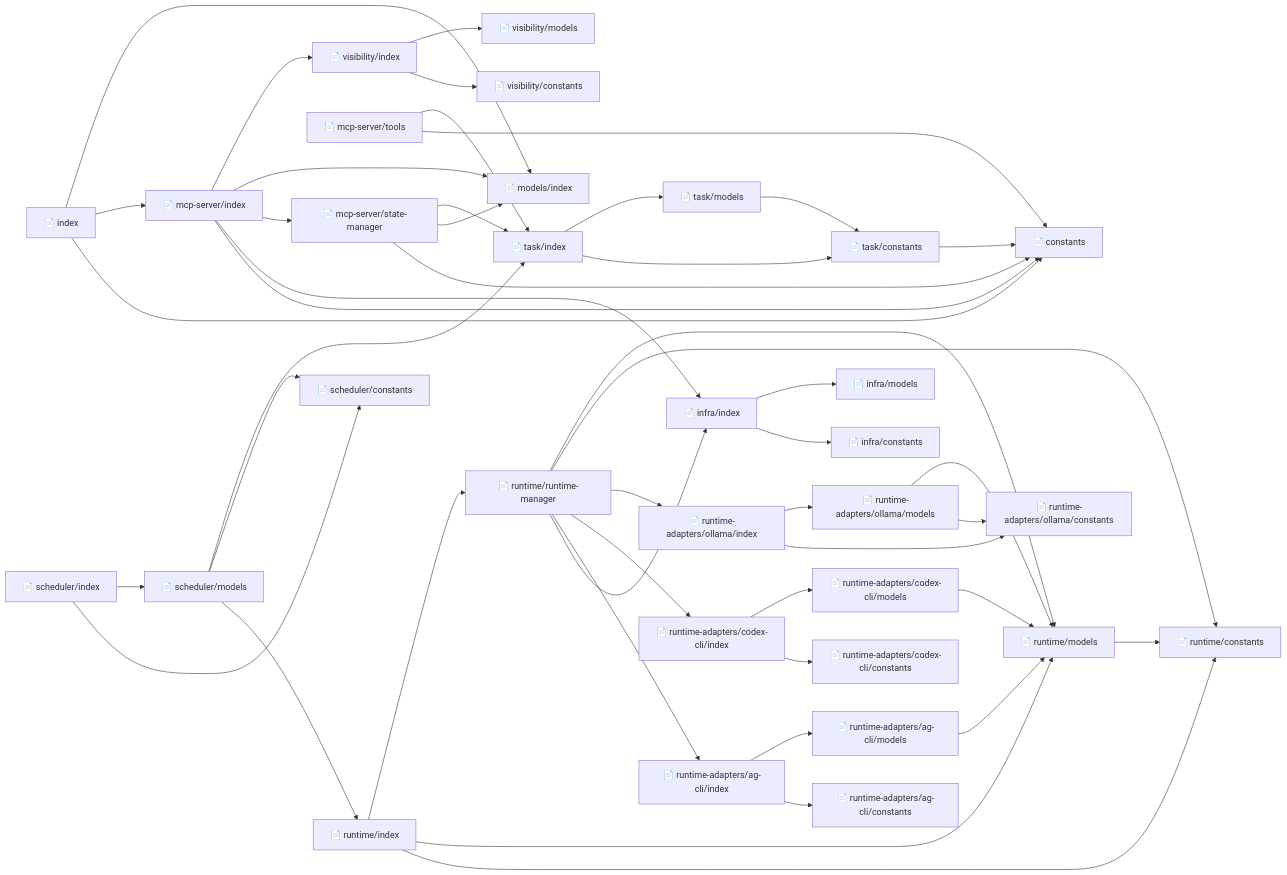
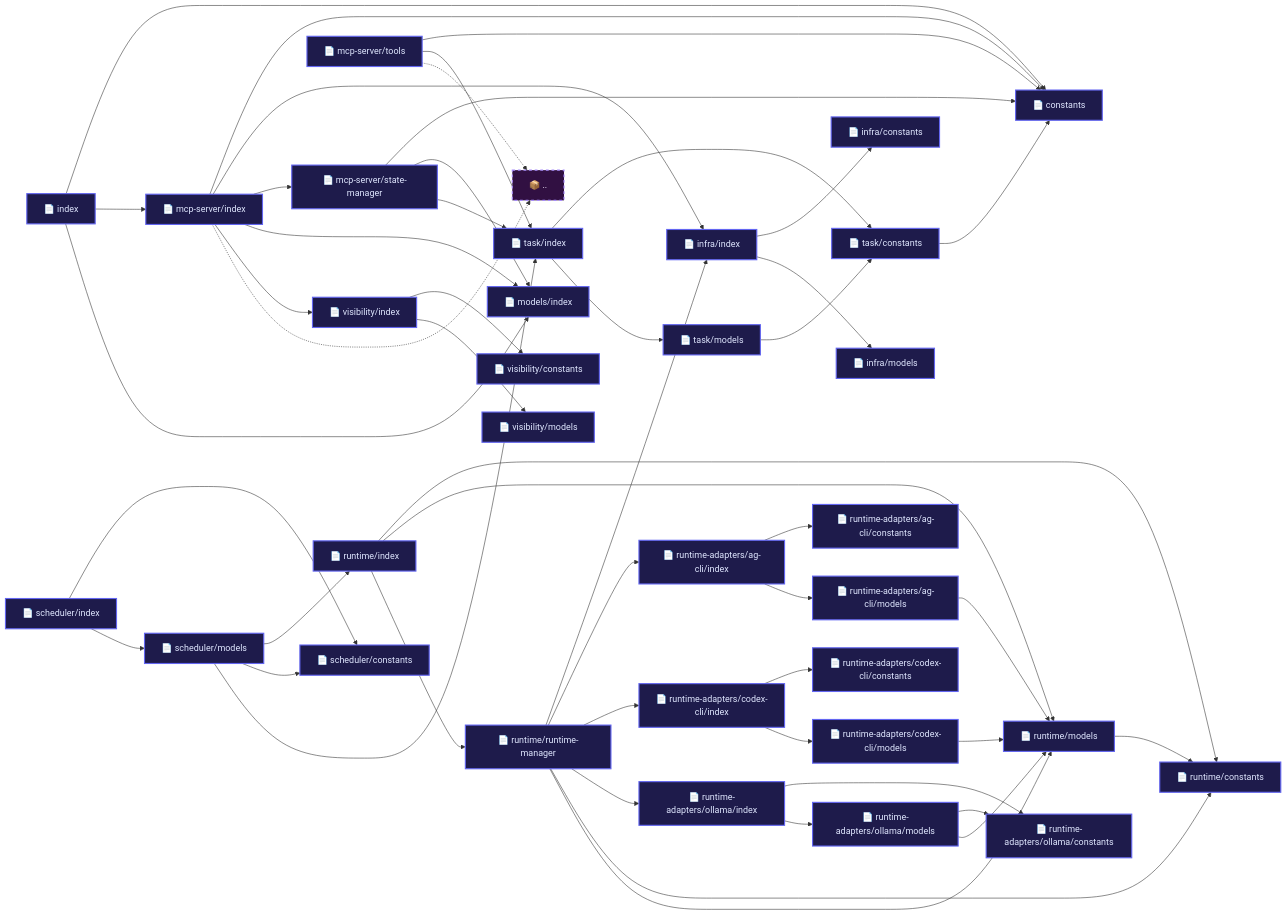
One commit to qthan1004/agent-orchestrator changed the second of 2 diagrams in .agent/workspace-memory.md. Above: the diagram before and after it, drawn with Mermaid. The commit also changed 2 other files, not shown here.

Commit message:
feat(tools): visually represent external libraries in Core Flow graph with premium styling

````diff
--- a/.agent/workspace-memory.md
+++ b/.agent/workspace-memory.md
@@ -142,36 +142,40 @@
 ```mermaid
 flowchart LR
-  constants["📄 constants"]
-  index["📄 index"]
-  mcp_server_index["📄 mcp-server/index"]
-  models_index["📄 models/index"]
-  infra_constants["📄 infra/constants"]
-  infra_index["📄 infra/index"]
-  infra_models["📄 infra/models"]
-  mcp_server_state_manager["📄 mcp-server/state-manager"]
-  visibility_index["📄 visibility/index"]
-  task_index["📄 task/index"]
-  mcp_server_tools["📄 mcp-server/tools"]
-  runtime_adapters_ag_cli_constants["📄 runtime-adapters/ag-cli/constants"]
-  runtime_adapters_ag_cli_index["📄 runtime-adapters/ag-cli/index"]
-  runtime_adapters_ag_cli_models["📄 runtime-adapters/ag-cli/models"]
-  runtime_models["📄 runtime/models"]
-  runtime_adapters_codex_cli_constants["📄 runtime-adapters/codex-cli/constants"]
-  runtime_adapters_codex_cli_index["📄 runtime-adapters/codex-cli/index"]
-  runtime_adapters_codex_cli_models["📄 runtime-adapters/codex-cli/models"]
-  runtime_adapters_ollama_constants["📄 runtime-adapters/ollama/constants"]
-  runtime_adapters_ollama_index["📄 runtime-adapters/ollama/index"]
-  runtime_adapters_ollama_models["📄 runtime-adapters/ollama/models"]
-  runtime_constants["📄 runtime/constants"]
-  runtime_index["📄 runtime/index"]
-  runtime_runtime_manager["📄 runtime/runtime-manager"]
-  scheduler_constants["📄 scheduler/constants"]
-  scheduler_index["📄 scheduler/index"]
-  scheduler_models["📄 scheduler/models"]
-  task_constants["📄 task/constants"]
-  task_models["📄 task/models"]
-  visibility_constants["📄 visibility/constants"]
-  visibility_models["📄 visibility/models"]
+  classDef coreFile fill:#1E1B4B,stroke:#6366F1,stroke-width:2px,color:#E0E7FF;
+  classDef externalLib fill:#311042,stroke:#A78BFA,stroke-width:2px,stroke-dasharray: 5 5,color:#F3E8FF;
+
+  constants["📄 constants"]:::coreFile
+  index["📄 index"]:::coreFile
+  mcp_server_index["📄 mcp-server/index"]:::coreFile
+  models_index["📄 models/index"]:::coreFile
+  infra_constants["📄 infra/constants"]:::coreFile
+  infra_index["📄 infra/index"]:::coreFile
+  infra_models["📄 infra/models"]:::coreFile
+  mcp_server_state_manager["📄 mcp-server/state-manager"]:::coreFile
+  visibility_index["📄 visibility/index"]:::coreFile
+  task_index["📄 task/index"]:::coreFile
+  mcp_server_tools["📄 mcp-server/tools"]:::coreFile
+  runtime_adapters_ag_cli_constants["📄 runtime-adapters/ag-cli/constants"]:::coreFile
+  runtime_adapters_ag_cli_index["📄 runtime-adapters/ag-cli/index"]:::coreFile
+  runtime_adapters_ag_cli_models["📄 runtime-adapters/ag-cli/models"]:::coreFile
+  runtime_models["📄 runtime/models"]:::coreFile
+  runtime_adapters_codex_cli_constants["📄 runtime-adapters/codex-cli/constants"]:::coreFile
+  runtime_adapters_codex_cli_index["📄 runtime-adapters/codex-cli/index"]:::coreFile
+  runtime_adapters_codex_cli_models["📄 runtime-adapters/codex-cli/models"]:::coreFile
+  runtime_adapters_ollama_constants["📄 runtime-adapters/ollama/constants"]:::coreFile
+  runtime_adapters_ollama_index["📄 runtime-adapters/ollama/index"]:::coreFile
+  runtime_adapters_ollama_models["📄 runtime-adapters/ollama/models"]:::coreFile
+  runtime_constants["📄 runtime/constants"]:::coreFile
+  runtime_index["📄 runtime/index"]:::coreFile
+  runtime_runtime_manager["📄 runtime/runtime-manager"]:::coreFile
+  scheduler_constants["📄 scheduler/constants"]:::coreFile
+  scheduler_index["📄 scheduler/index"]:::coreFile
+  scheduler_models["📄 scheduler/models"]:::coreFile
+  task_constants["📄 task/constants"]:::coreFile
+  task_models["📄 task/models"]:::coreFile
+  visibility_constants["📄 visibility/constants"]:::coreFile
+  visibility_models["📄 visibility/models"]:::coreFile
+  npm_..["📦 .."]:::externalLib
   index --> constants
   index --> mcp_server_index
   index --> models_index
@@ -182,11 +186,13 @@
   mcp_server_index --> mcp_server_state_manager
   mcp_server_index --> models_index
   mcp_server_index --> visibility_index
+  mcp_server_index -.-> npm_..
   mcp_server_state_manager --> constants
   mcp_server_state_manager --> models_index
   mcp_server_state_manager --> task_index
   mcp_server_tools --> constants
   mcp_server_tools --> task_index
+  mcp_server_tools -.-> npm_..
   runtime_adapters_ag_cli_index --> runtime_adapters_ag_cli_constants
   runtime_adapters_ag_cli_index --> runtime_adapters_ag_cli_models
   runtime_adapters_ag_cli_models --> runtime_models
````
